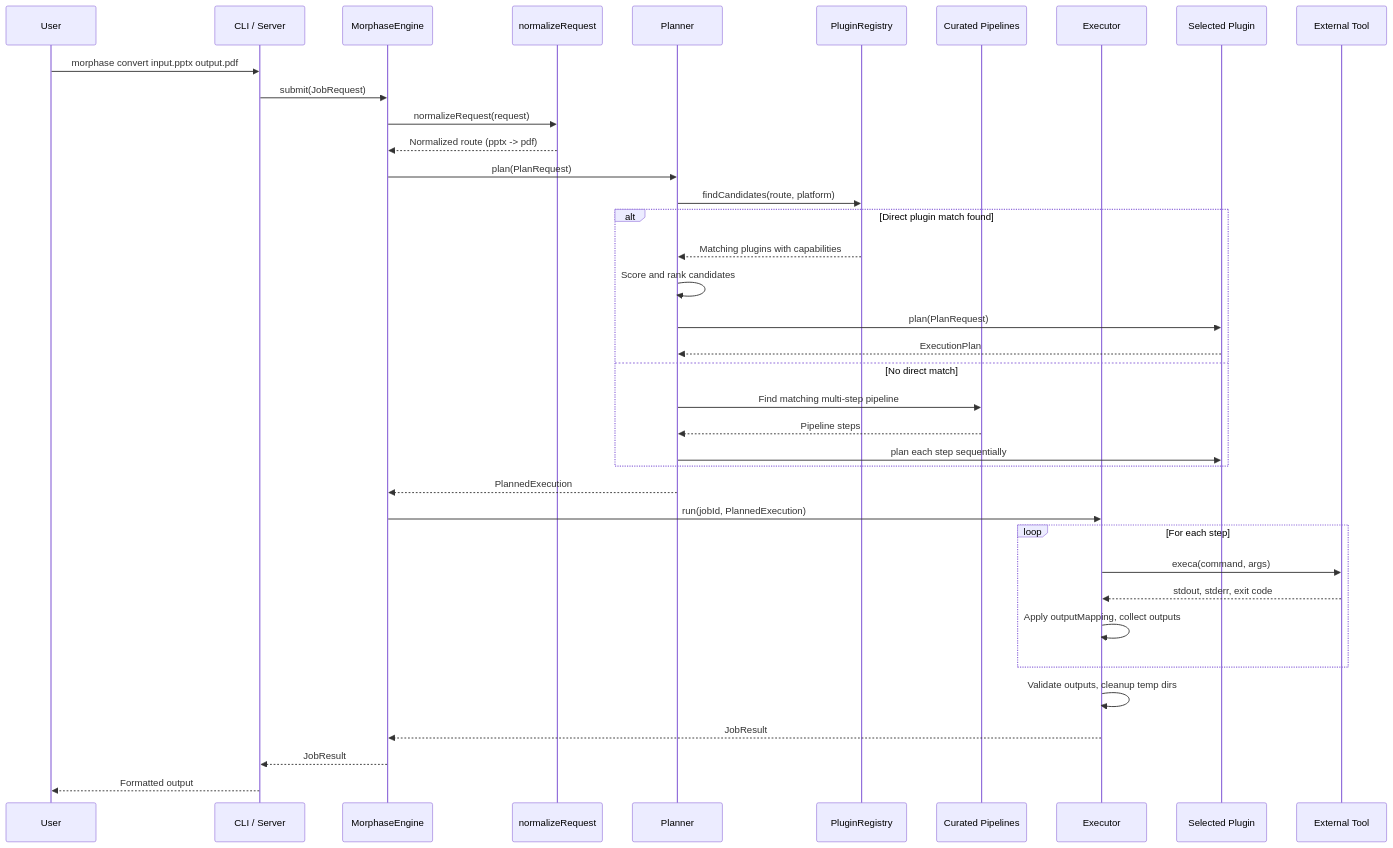
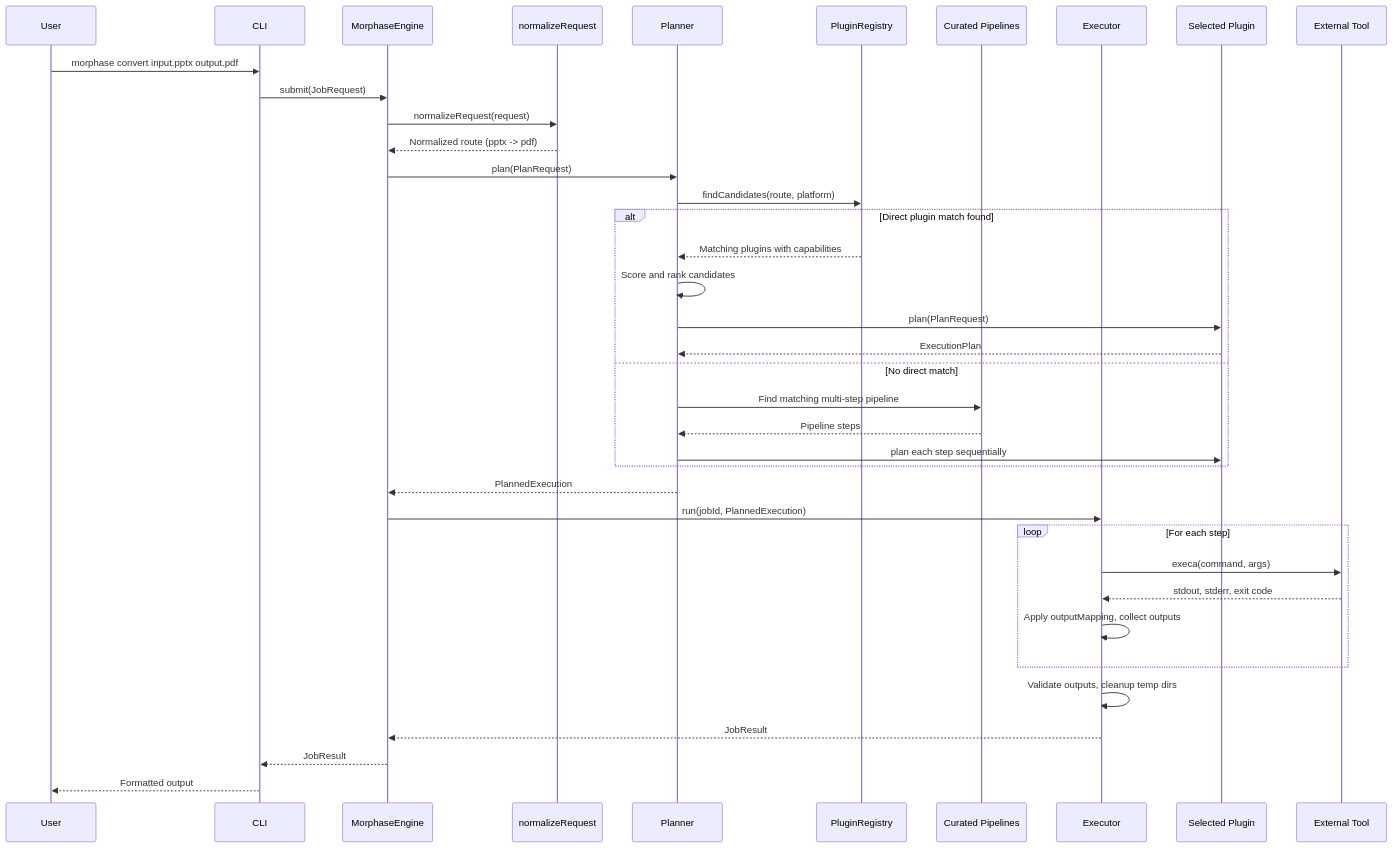
The second of 7 diagrams in docs/architecture-diagrams.md (joeljstephen/morphase), drawn with Mermaid before and after one commit. The commit also changed other lines of this file and 18 other files, not shown here.

Commit message:
chore: remove experimental HTTP API server and related configurations, update documentation to reflect CLI-only architecture, and enhance config loading error handling

````diff
--- a/docs/architecture-diagrams.md
+++ b/docs/architecture-diagrams.md
@@ -124,46 +119,46 @@
 ```mermaid
 sequenceDiagram
     participant User
-    participant CLI as CLI / Server
+    participant CLI as CLI
     participant Engine as MorphaseEngine
     participant Norm as normalizeRequest
     participant Planner as Planner
     participant Registry as PluginRegistry
     participant Pipelines as Curated Pipelines
     participant Executor as Executor
     participant Plugin as Selected Plugin
     participant Tool as External Tool
 
     User->>CLI: morphase convert input.pptx output.pdf
     CLI->>Engine: submit(JobRequest)
     Engine->>Norm: normalizeRequest(request)
     Norm-->>Engine: Normalized route (pptx -> pdf)
 
     Engine->>Planner: plan(PlanRequest)
     Planner->>Registry: findCandidates(route, platform)
 
     alt Direct plugin match found
         Registry-->>Planner: Matching plugins with capabilities
         Planner->>Planner: Score and rank candidates
         Planner->>Plugin: plan(PlanRequest)
         Plugin-->>Planner: ExecutionPlan
     else No direct match
         Planner->>Pipelines: Find matching multi-step pipeline
         Pipelines-->>Planner: Pipeline steps
         Planner->>Plugin: plan each step sequentially
     end
 
     Planner-->>Engine: PlannedExecution
     Engine->>Executor: run(jobId, PlannedExecution)
 
     loop For each step
         Executor->>Tool: execa(command, args)
         Tool-->>Executor: stdout, stderr, exit code
         Executor->>Executor: Apply outputMapping, collect outputs
     end
 
     Executor->>Executor: Validate outputs, cleanup temp dirs
     Executor-->>Engine: JobResult
     Engine-->>CLI: JobResult
     CLI-->>User: Formatted output
 ```
````
